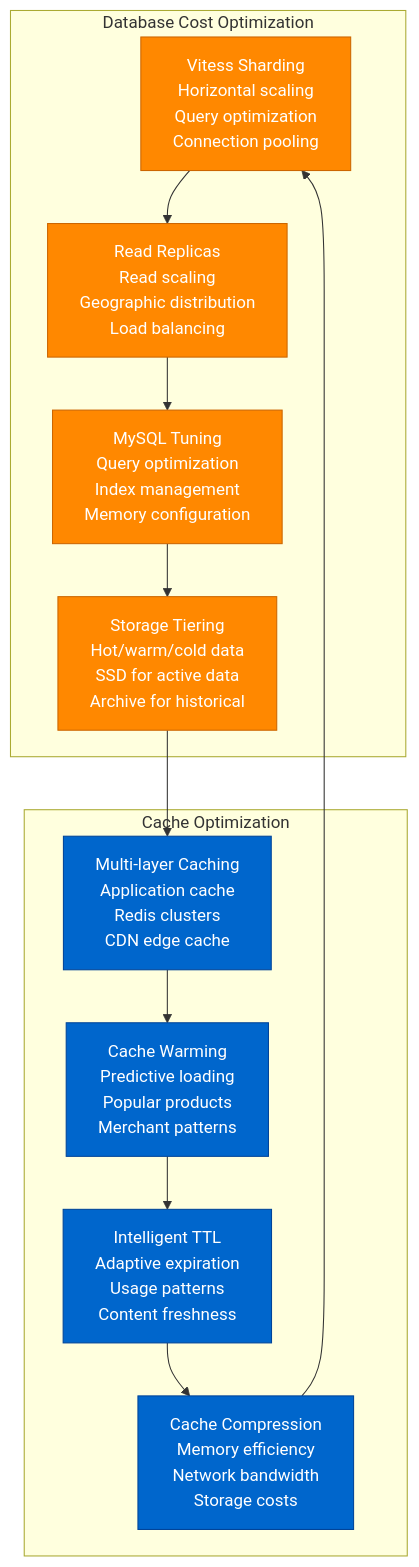
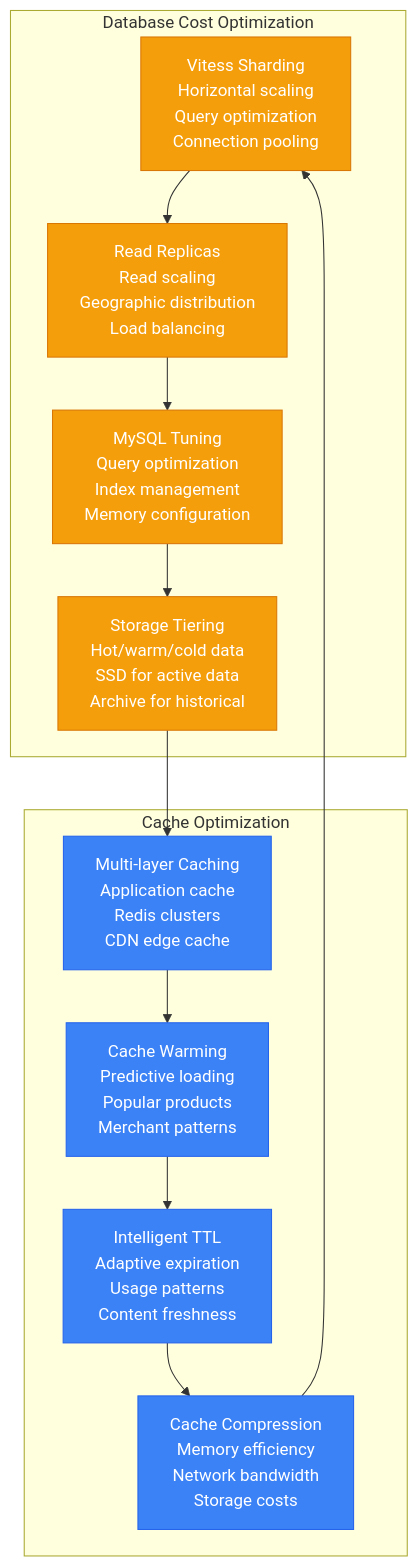
The sixth of 9 diagrams in site/docs/systems/shopify/cost-breakdown.md (deepaucksharma/DS), drawn with Mermaid before and after one commit. The commit also changed other lines of this file and 303 other files, not shown here.

````diff
--- a/site/docs/systems/shopify/cost-breakdown.md
+++ b/site/docs/systems/shopify/cost-breakdown.md
@@ -301,43 +301,43 @@
 ```mermaid
 graph TB
     subgraph "Database Cost Optimization"
         VITESS_SHARDING[Vitess Sharding<br/>Horizontal scaling<br/>Query optimization<br/>Connection pooling]
 
         READ_REPLICAS[Read Replicas<br/>Read scaling<br/>Geographic distribution<br/>Load balancing]
 
         MYSQL_TUNING[MySQL Tuning<br/>Query optimization<br/>Index management<br/>Memory configuration]
 
         STORAGE_TIERING[Storage Tiering<br/>Hot/warm/cold data<br/>SSD for active data<br/>Archive for historical]
     end
 
     subgraph "Cache Optimization"
         MULTI_LAYER_CACHE[Multi-layer Caching<br/>Application cache<br/>Redis clusters<br/>CDN edge cache]
 
         CACHE_WARMING[Cache Warming<br/>Predictive loading<br/>Popular products<br/>Merchant patterns]
 
         INTELLIGENT_TTL[Intelligent TTL<br/>Adaptive expiration<br/>Usage patterns<br/>Content freshness]
 
         CACHE_COMPRESSION[Cache Compression<br/>Memory efficiency<br/>Network bandwidth<br/>Storage costs]
     end
 
     %% Database optimization flow
     VITESS_SHARDING --> READ_REPLICAS
     READ_REPLICAS --> MYSQL_TUNING
     MYSQL_TUNING --> STORAGE_TIERING
 
     %% Cache optimization flow
     MULTI_LAYER_CACHE --> CACHE_WARMING
     CACHE_WARMING --> INTELLIGENT_TTL
     INTELLIGENT_TTL --> CACHE_COMPRESSION
 
     %% Cross-optimization
     STORAGE_TIERING --> MULTI_LAYER_CACHE
     CACHE_COMPRESSION --> VITESS_SHARDING
 
     %% Apply optimization colors
-    classDef dbStyle fill:#FF8800,stroke:#CC6600,color:#fff
-    classDef cacheStyle fill:#0066CC,stroke:#004499,color:#fff
+    classDef dbStyle fill:#F59E0B,stroke:#D97706,color:#fff
+    classDef cacheStyle fill:#3B82F6,stroke:#2563EB,color:#fff
 
     class VITESS_SHARDING,READ_REPLICAS,MYSQL_TUNING,STORAGE_TIERING dbStyle
     class MULTI_LAYER_CACHE,CACHE_WARMING,INTELLIGENT_TTL,CACHE_COMPRESSION cacheStyle
 ```
````
